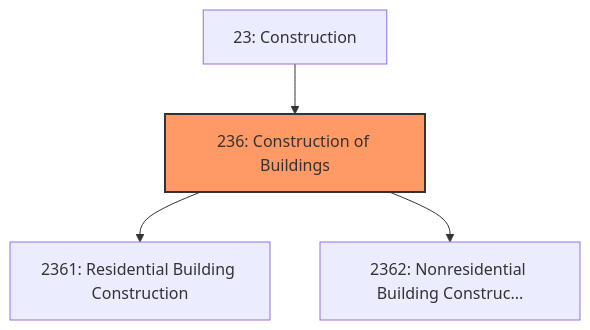
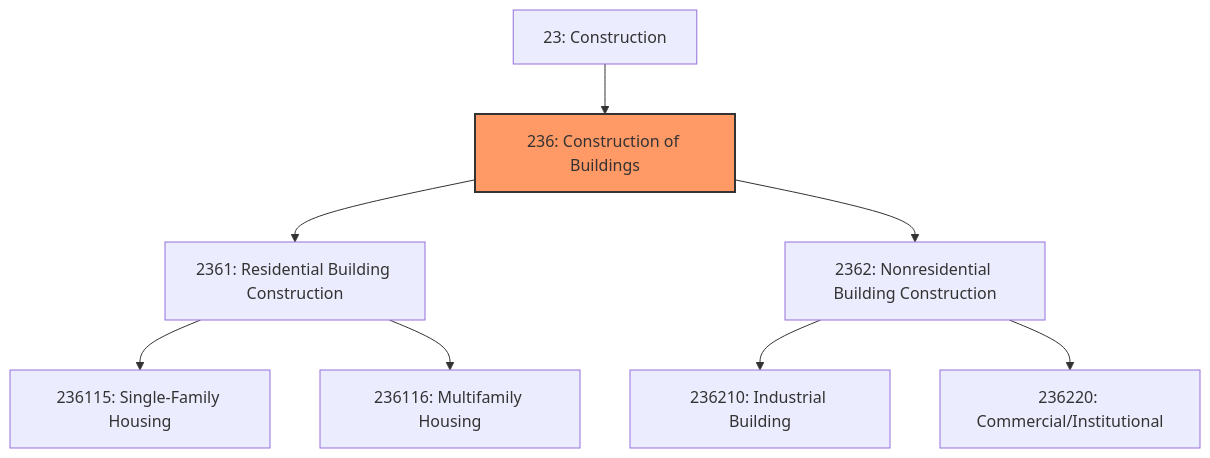
Before and after one commit to kziemski/business.org.ai: the first of 3 diagrams in industries/Construction/ConstructionOfBuildings/index.mdx, drawn with Mermaid. The commit also changed other lines of this file and 67 other files, not shown here.

````diff
--- a/industries/Construction/ConstructionOfBuildings/index.mdx
+++ b/industries/Construction/ConstructionOfBuildings/index.mdx
@@ -22,8 +32,12 @@
 ```mermaid
 graph TD
     S23["23: Construction"]
     S23 --> N236["236: Construction of Buildings"]
     style N236 fill:#f96,stroke:#333,stroke-width:2px
     N236 --> N2361["2361: Residential Building Construction"]
-    N236 --> N2362["2362: Nonresidential Building Construc..."]
+    N236 --> N2362["2362: Nonresidential Building Construction"]
+    N2361 --> N23611["236115: Single-Family Housing"]
+    N2361 --> N23612["236116: Multifamily Housing"]
+    N2362 --> N23621["236210: Industrial Building"]
+    N2362 --> N23622["236220: Commercial/Institutional"]
 ```
````
